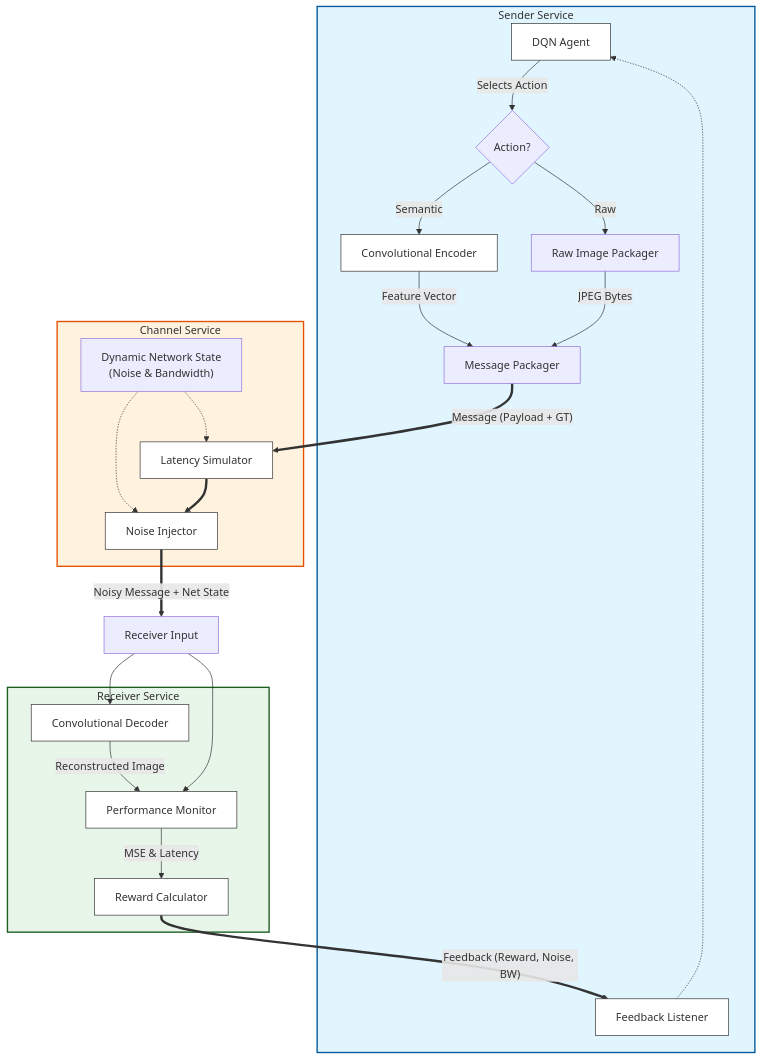
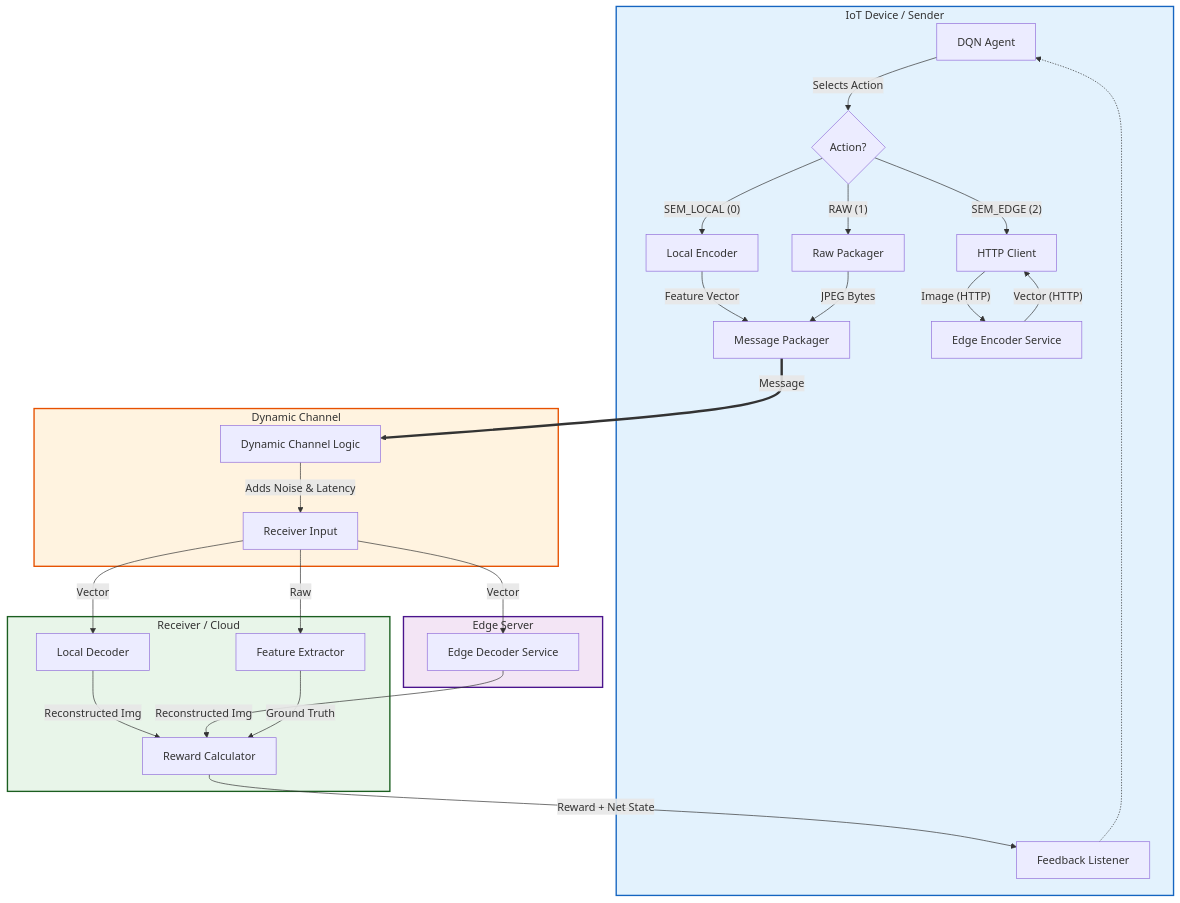
One commit to SaiPrakash2k/semantic-comm-simulation changed the diagram in readme.md. Above: the diagram before and after it, drawn with Mermaid. The commit also changed other lines of this file and 18 other files, not shown here.

````diff
--- a/readme.md
+++ b/readme.md
@@ -11,51 +13,52 @@
 ```mermaid
 graph TD
-    subgraph Sender_Container [Sender Service]
-        style Sender_Container fill:#e1f5fe,stroke:#01579b,stroke-width:2px
+    subgraph Sender_Node [IoT Device / Sender]
+        style Sender_Node fill:#e3f2fd,stroke:#1565c0,stroke-width:2px
         Sender_Agent[DQN Agent]
-        Encoder[Convolutional Encoder]
+        Local_Encoder[Local Encoder]
         Feedback_Listener[Feedback Listener]
         
         Sender_Agent -- Selects Action --> Action_Decision{"Action?"}
-        Action_Decision -- Semantic --> Encoder
-        Action_Decision -- Raw --> Raw_Packager[Raw Image Packager]
-        Encoder -- Feature Vector --> Msg_Packager[Message Packager]
+        Action_Decision -- "SEM_LOCAL (0)" --> Local_Encoder
+        Action_Decision -- "SEM_EDGE (2)" --> Edge_Client[HTTP Client]
+        Action_Decision -- "RAW (1)" --> Raw_Packager[Raw Packager]
+        
+        Local_Encoder -- Feature Vector --> Msg_Packager[Message Packager]
+        Edge_Client -- "Image (HTTP)" --> Edge_Service_Enc
         Raw_Packager -- JPEG Bytes --> Msg_Packager
     end
 
-    subgraph Channel_Container [Channel Service]
-        style Channel_Container fill:#fff3e0,stroke:#e65100,stroke-width:2px
-        Network_State["Dynamic Network State<br/>(Noise & Bandwidth)"]
-        Delay_Sim[Latency Simulator]
-        Noise_Inj[Noise Injector]
+    subgraph Edge_Node [Edge Server]
+        style Edge_Node fill:#f3e5f5,stroke:#4a148c,stroke-width:2px
+        Edge_Service_Enc[Edge Encoder Service]
+        Edge_Service_Dec[Edge Decoder Service]
         
-        Network_State -.-> Delay_Sim
-        Network_State -.-> Noise_Inj
+        Edge_Service_Enc -- "Vector (HTTP)" --> Edge_Client
     end
 
-    subgraph Receiver_Container [Receiver Service]
-        style Receiver_Container fill:#e8f5e9,stroke:#1b5e20,stroke-width:2px
-        Decoder[Convolutional Decoder]
-        Reward_Calc[Reward Calculator]
-        Perf_Monitor[Performance Monitor]
+    subgraph Channel_Sim [Dynamic Channel]
+        style Channel_Sim fill:#fff3e0,stroke:#e65100,stroke-width:2px
+        Channel_Logic[Dynamic Channel Logic]
         
-        Decoder -- Reconstructed Image --> Perf_Monitor
-        Perf_Monitor -- MSE & Latency --> Reward_Calc
+        Msg_Packager == "Message" ==> Channel_Logic
+        Channel_Logic -- "Adds Noise & Latency" --> Receiver_In
     end
 
-    %% Main Data Flow
-    Msg_Packager == "Message (Payload + GT)" ==> Delay_Sim
-    Delay_Sim ==> Noise_Inj
-    Noise_Inj == "Noisy Message + Net State" ==> Receiver_Input[Receiver Input]
-    
-    Receiver_Input --> Decoder
-    Receiver_Input --> Perf_Monitor
-    
-    %% Feedback Loop
-    Reward_Calc == "Feedback (Reward, Noise, BW)" ==> Feedback_Listener
+    subgraph Receiver_Node [Receiver / Cloud]
+        style Receiver_Node fill:#e8f5e9,stroke:#1b5e20,stroke-width:2px
+        Receiver_In[Receiver Input]
+        Local_Decoder[Local Decoder]
+        
+        Receiver_In -- "Vector" --> Local_Decoder
+        Receiver_In -- "Vector" --> Edge_Service_Dec
+        Receiver_In -- "Raw" --> Feature_Ext[Feature Extractor]
+        
+        Local_Decoder -- "Reconstructed Img" --> Reward_Calc[Reward Calculator]
+        Edge_Service_Dec -- "Reconstructed Img" --> Reward_Calc
+        Feature_Ext -- "Ground Truth" --> Reward_Calc
+    end
+
+    %% Feedback Flow
+    Reward_Calc -- "Reward + Net State" --> Feedback_Listener
     Feedback_Listener -.-> Sender_Agent
-
-    %% Legend/Notes
-    classDef component fill:#fff,stroke:#333,stroke-width:1px;
-    class Sender_Agent,Encoder,Feedback_Listener,Delay_Sim,Noise_Inj,Decoder,Reward_Calc,Perf_Monitor component
 ```
````
